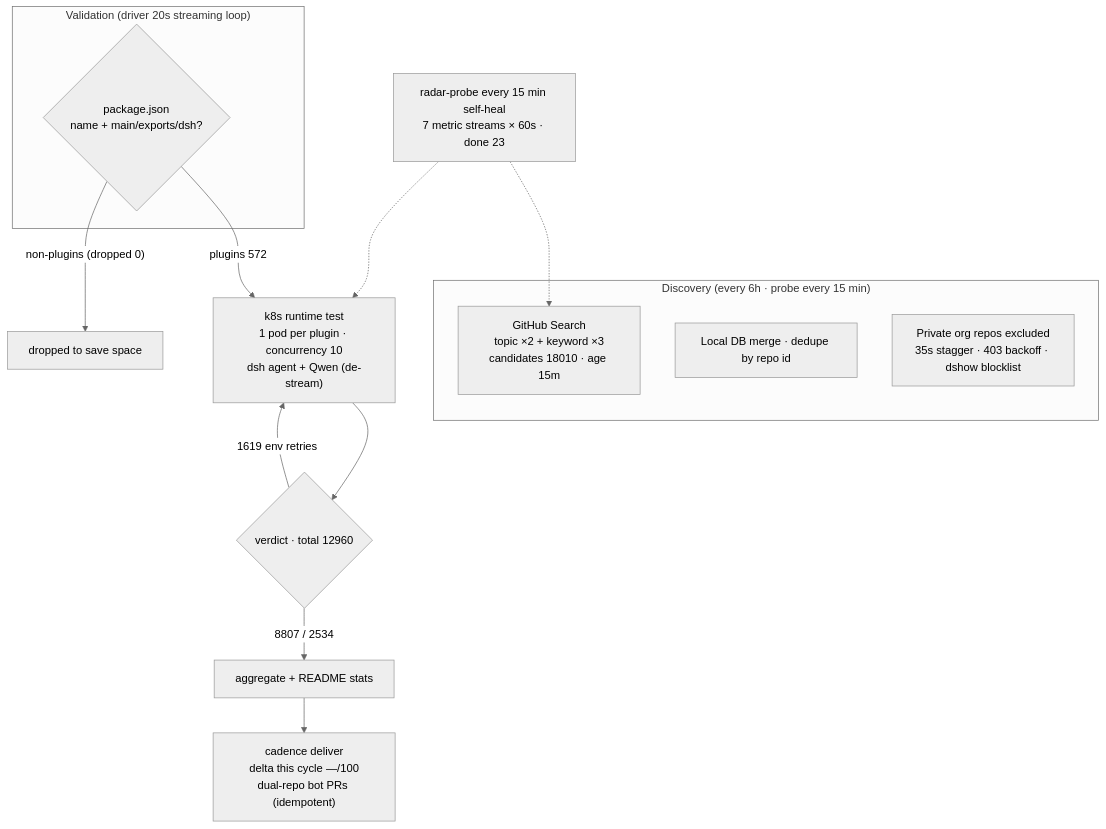
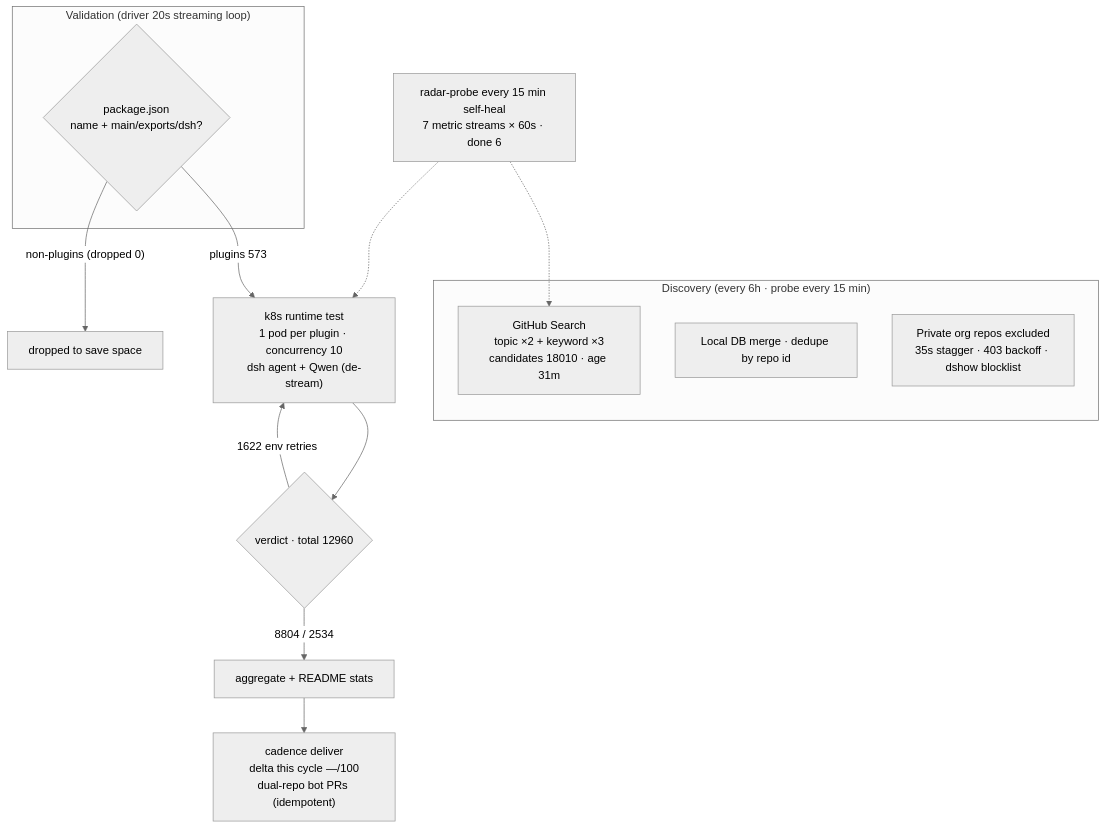
The diagram in README.en-US.md (AdamPlatin123/awesome-dsh-plugins), drawn with Mermaid (neutral theme) before and after one commit. The commit also changed other lines of this file and 5 other files, not shown here.

````diff
--- a/README.en-US.md
+++ b/README.en-US.md
@@ -45,20 +45,20 @@
 ```mermaid
 flowchart TB
     subgraph Discovery["Discovery (every 6h · probe every 15 min)"]
-        A1["GitHub Search<br/>topic ×2 + keyword ×3<br/>candidates 18010 · age 15m"]
+        A1["GitHub Search<br/>topic ×2 + keyword ×3<br/>candidates 18010 · age 31m"]
         A2["Local DB merge · dedupe by repo id"]
         A3["Private org repos excluded<br/>35s stagger · 403 backoff · dshow blocklist"]
     end
     subgraph Validation["Validation (driver 20s streaming loop)"]
         B1{"package.json<br/>name + main/exports/dsh?"}
     end
-    B1 -->|"plugins 572"| C1["k8s runtime test<br/>1 pod per plugin · concurrency 10<br/>dsh agent + Qwen (de-stream)"]
+    B1 -->|"plugins 573"| C1["k8s runtime test<br/>1 pod per plugin · concurrency 10<br/>dsh agent + Qwen (de-stream)"]
     B1 -->|"non-plugins (dropped 0)"| B3["dropped to save space"]
     C1 --> D1{"verdict · total 12960"}
-    D1 -->|"8807 / 2534"| E1["aggregate + README stats"]
-    D1 -->|"1619 env retries"| C1
+    D1 -->|"8804 / 2534"| E1["aggregate + README stats"]
+    D1 -->|"1622 env retries"| C1
     E1 --> E2["cadence deliver<br/>delta this cycle —/100<br/>dual-repo bot PRs (idempotent)"]
-    M["radar-probe every 15 min self-heal<br/>7 metric streams × 60s · done 23"]
+    M["radar-probe every 15 min self-heal<br/>7 metric streams × 60s · done 6"]
     M -.-> A1
     M -.-> C1
 ```
````
